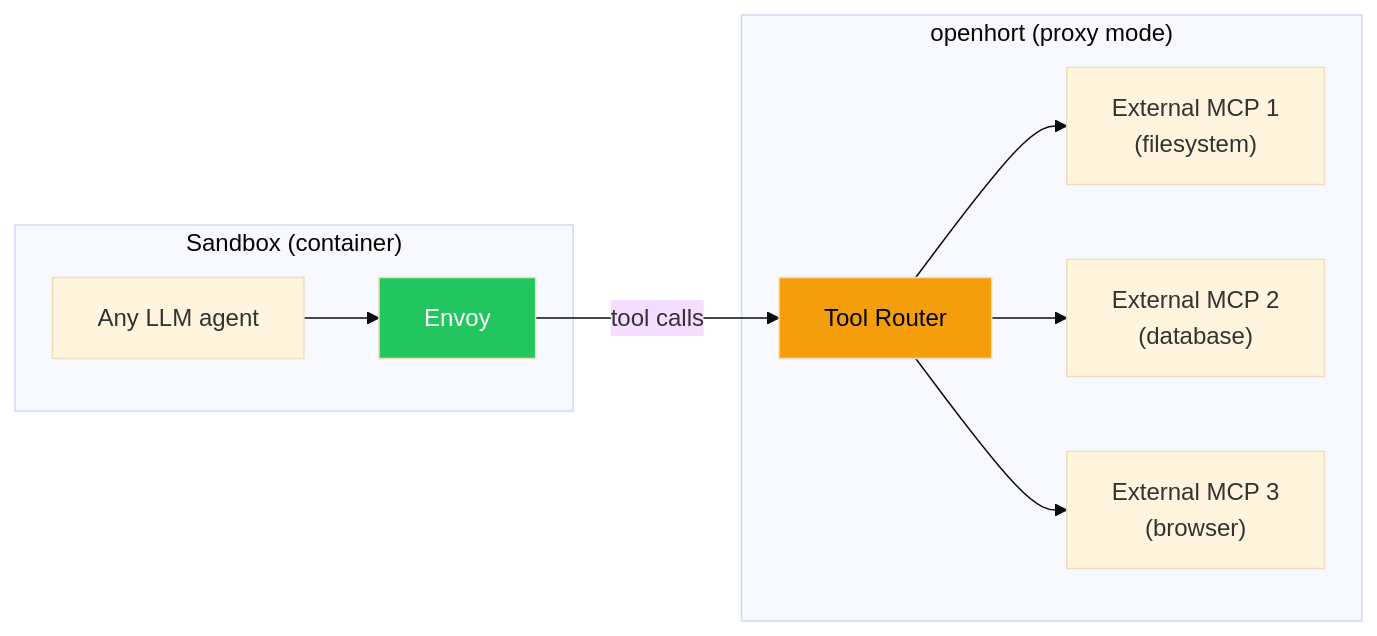
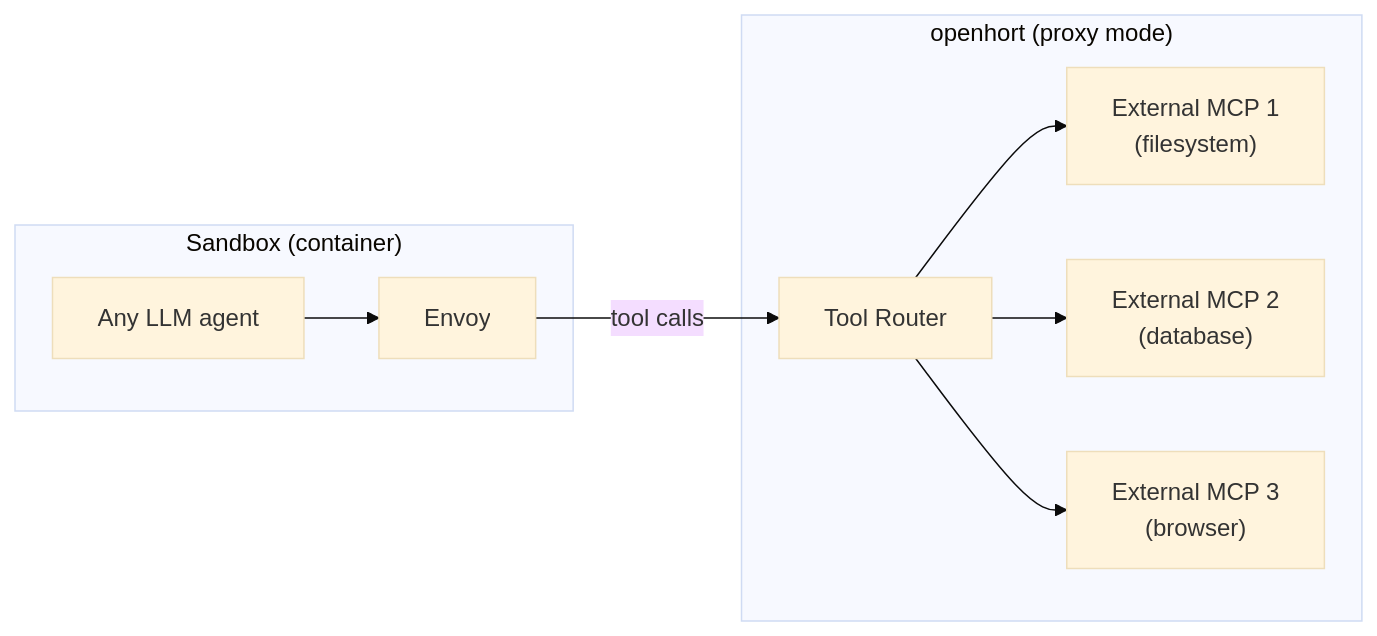
The third of 5 diagrams in docs/manual/internals/envoy-architecture.md (openhort/openhort), drawn with Mermaid (base theme) before and after one commit. The commit also changed other lines of this file and 38 other files, not shown here.

````diff
--- a/docs/manual/internals/envoy-architecture.md
+++ b/docs/manual/internals/envoy-architecture.md
@@ -129,23 +126,21 @@
 ```mermaid
 graph LR
     subgraph Sandbox["Sandbox (container)"]
         Agent["Any LLM agent"]
         Envoy["Envoy"]
         Agent --> Envoy
     end
 
     subgraph Hort["openhort (proxy mode)"]
         Router["Tool Router"]
         MCP1["External MCP 1<br/>(filesystem)"]
         MCP2["External MCP 2<br/>(database)"]
         MCP3["External MCP 3<br/>(browser)"]
     end
 
     Envoy -->|"tool calls"| Router
     Router --> MCP1
     Router --> MCP2
     Router --> MCP3
 
-    style Envoy fill:#22c55e,color:#fff
-    style Router fill:#f59e0b,color:#000
 ```
````
